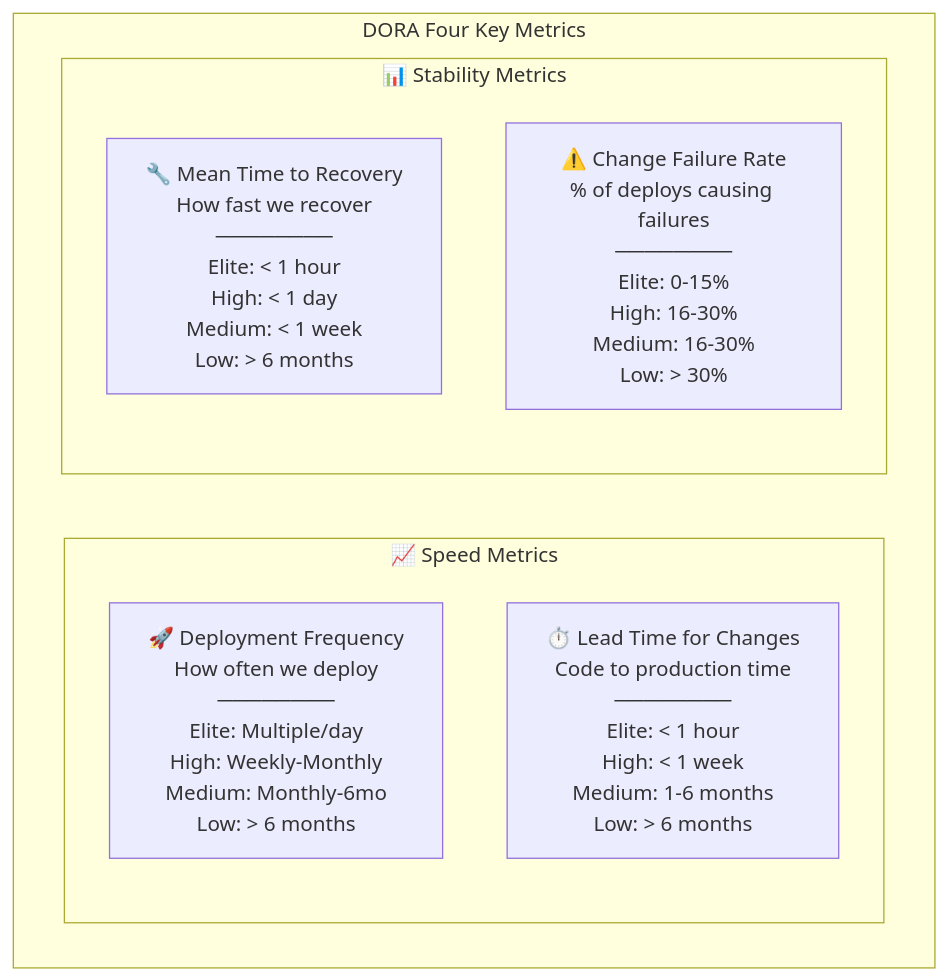
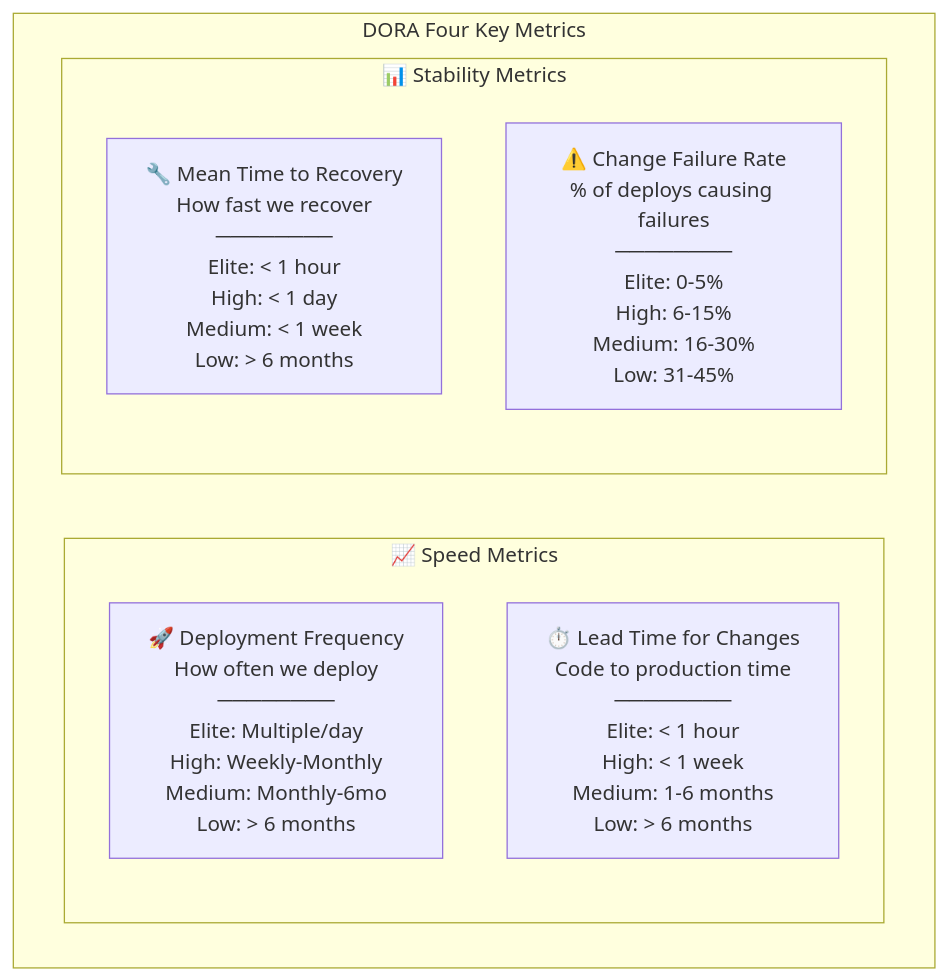
Before and after one commit to jmassardo/github-training: the second of 2 diagrams in advanced/module-12/overview.md, drawn with Mermaid. The commit also changed 33 other files, not shown here.

```diff
--- a/advanced/module-12/overview.md
+++ b/advanced/module-12/overview.md
@@ -126,14 +126,14 @@
 <div class="mermaid">
 flowchart TB
   subgraph DORA["DORA Four Key Metrics"]
     subgraph Speed["📈 Speed Metrics"]
       DF["🚀 Deployment Frequency<br/>How often we deploy<br/>────────<br/>Elite: Multiple/day<br/>High: Weekly-Monthly<br/>Medium: Monthly-6mo<br/>Low: > 6 months"]
       LT["⏱️ Lead Time for Changes<br/>Code to production time<br/>────────<br/>Elite: < 1 hour<br/>High: < 1 week<br/>Medium: 1-6 months<br/>Low: > 6 months"]
     end
     
     subgraph Stability["📊 Stability Metrics"]
       MTTR["🔧 Mean Time to Recovery<br/>How fast we recover<br/>────────<br/>Elite: < 1 hour<br/>High: < 1 day<br/>Medium: < 1 week<br/>Low: > 6 months"]
-      CFR["⚠️ Change Failure Rate<br/>% of deploys causing failures<br/>────────<br/>Elite: 0-15%<br/>High: 16-30%<br/>Medium: 16-30%<br/>Low: > 30%"]
+      CFR["⚠️ Change Failure Rate<br/>% of deploys causing failures<br/>────────<br/>Elite: 0-5%<br/>High: 6-15%<br/>Medium: 16-30%<br/>Low: 31-45%"]
     end
   end
 </div>
```
